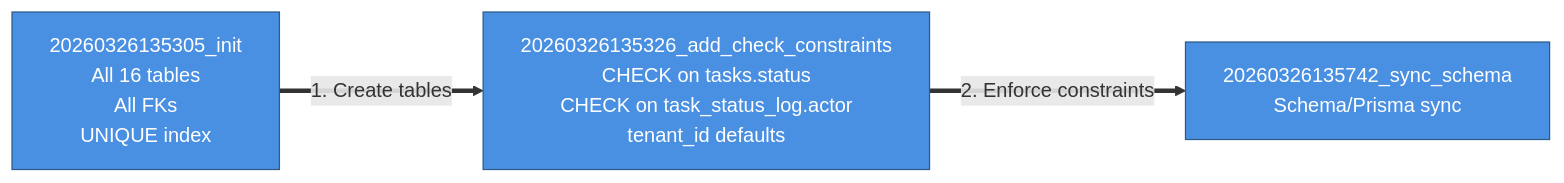
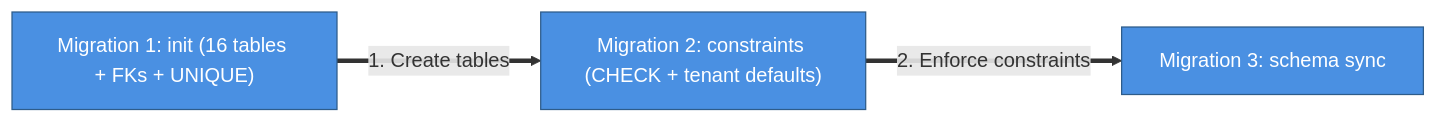
Before and after one commit to viiqswim/dozaldevs-ai-employee: the fourth of 6 diagrams in docs/2026-03-26-1511-phase1-foundation.md, drawn with Mermaid. The commit also changed other lines of this file, not shown here.

Commit message:
docs: remove \n from all mermaid node labels in phase1 doc

````diff
--- a/docs/2026-03-26-1511-phase1-foundation.md
+++ b/docs/2026-03-26-1511-phase1-foundation.md
@@ -267,11 +267,11 @@
 ```mermaid
 flowchart LR
-    M1["20260326135305_init\nAll 16 tables\nAll FKs\nUNIQUE index"]:::service
-    M2["20260326135326_add_check_constraints\nCHECK on tasks.status\nCHECK on task_status_log.actor\ntenant_id defaults"]:::service
-    M3["20260326135742_sync_schema\nSchema/Prisma sync"]:::service
+    M1["Migration 1: init (16 tables + FKs + UNIQUE)"]:::service
+    M2["Migration 2: constraints (CHECK + tenant defaults)"]:::service
+    M3["Migration 3: schema sync"]:::service
 
     M1 ==>|"1. Create tables"| M2
     M2 ==>|"2. Enforce constraints"| M3
 
     classDef service fill:#4A90E2,stroke:#2E5C8A,color:#fff
 ```
````
